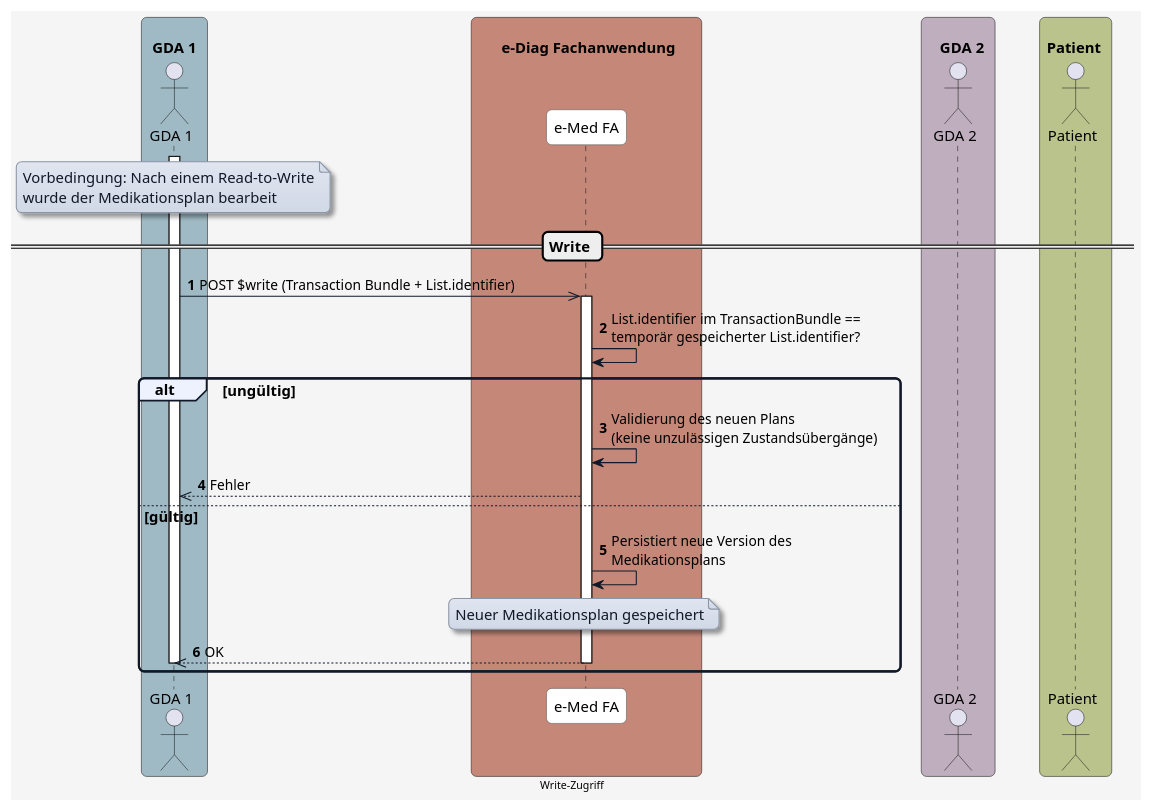
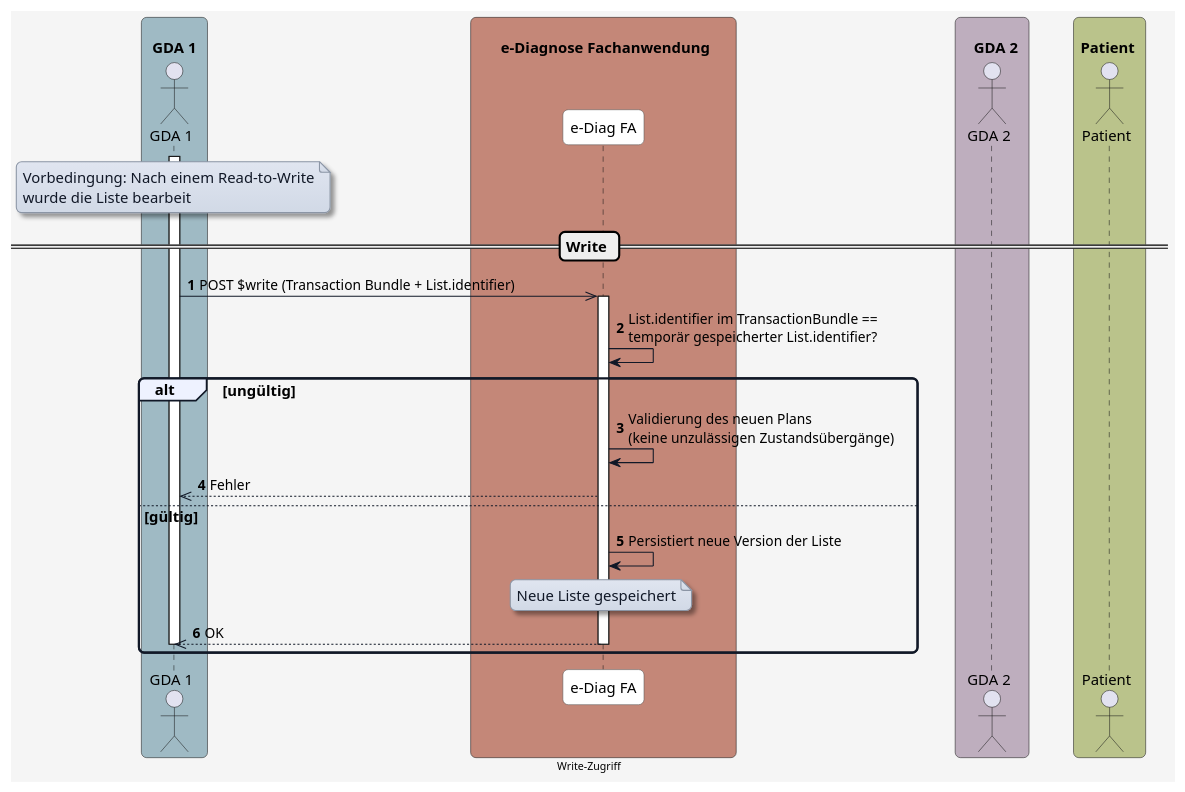
The diagram in plantuml/diagram_write.plantuml (HL7Austria/ELGA-e-Diagnose-R4), drawn with PlantUML before and after one commit. The commit also changed 2 other files, not shown here.

Commit message:
update name in diagrams

```diff
--- a/plantuml/diagram_write.plantuml
+++ b/plantuml/diagram_write.plantuml
@@ -1,93 +1,93 @@
 @startuml
 skinparam borderColor #000000
 skinparam backgroundColor #f5f5f5
 skinparam shadowing false
 skinparam roundCorner 10
 skinparam defaultFontName "Arial"
 skinparam defaultFontSize 14
 skinparam defaultFontColor #000000
 
 skinparam note {
   BackgroundColor #e0e5f0-#d1d9e6
   BorderColor #8b95a5
   BorderThickness 1
   RoundCorner 8
   Padding 6
   FontColor #111827
   Shadowing true
 }
 
 skinparam HyperlinkColor #0000EE
 skinparam HyperlinkUnderline false
 
 skinparam sequence {
   ParticipantBorderColor #555555
   ParticipantBackgroundColor #ffffff
   ParticipantFontColor #000000
   ParticipantFontSize 14
   ParticipantPadding 20
   ArrowColor #111827
   ArrowThickness 1
   ArrowFontColor #000000
   ArrowFontSize 13
   GroupBorderColor #111827
   GroupBackgroundColor #eef2ff
   GroupBorderThickness 2
 }
 
 skinparam BoxPadding 20
 skinparam BoxBorderColor #555555
 
 box "\n  GDA 1  " #9fbac4
   actor GDA_1 as "GDA 1"
 end box
 
-box "\n       e-Diag Fachanwendung      " #C48778
-  participant eDiag_FA as "e-Med FA"
+box "\n       e-Diagnose Fachanwendung      " #C48778
+  participant eDiag_FA as "e-Diag FA"
 end box
 
 box "\n    GDA 2  " #beaebe
   actor GDA_2 as "GDA 2"
 end box
 
 box "\n Patient  " #bac38b
   actor Patient as "Patient"
 end box
 
 
 autonumber
 
 activate GDA_1
 
 note over GDA_1
 Vorbedingung: Nach einem Read-to-Write
-wurde der Medikationsplan bearbeit
+wurde die Liste bearbeit
 end note
 
 == Write ==
 
 GDA_1 ->> eDiag_FA: POST $write (Transaction Bundle + List.identifier)
 
 activate eDiag_FA
 eDiag_FA -> eDiag_FA: List.identifier im TransactionBundle ==\ntemporär gespeicherter List.identifier?
 
 alt ungültig 
   eDiag_FA -> eDiag_FA: Validierung des neuen Plans\n(keine unzulässigen Zustandsübergänge)
   eDiag_FA -->> GDA_1: Fehler 
   
 else gültig 
-  eDiag_FA -> eDiag_FA: Persistiert neue Version des\nMedikationsplans
+  eDiag_FA -> eDiag_FA: Persistiert neue Version der Liste
 
   note over eDiag_FA
-  Neuer Medikationsplan gespeichert
+  Neue Liste gespeichert
   end note
 
   eDiag_FA -->> GDA_1: OK
   deactivate GDA_1
   deactivate eDiag_FA
 end
 
 center footer Write-Zugriff
 
 
 @enduml
```
